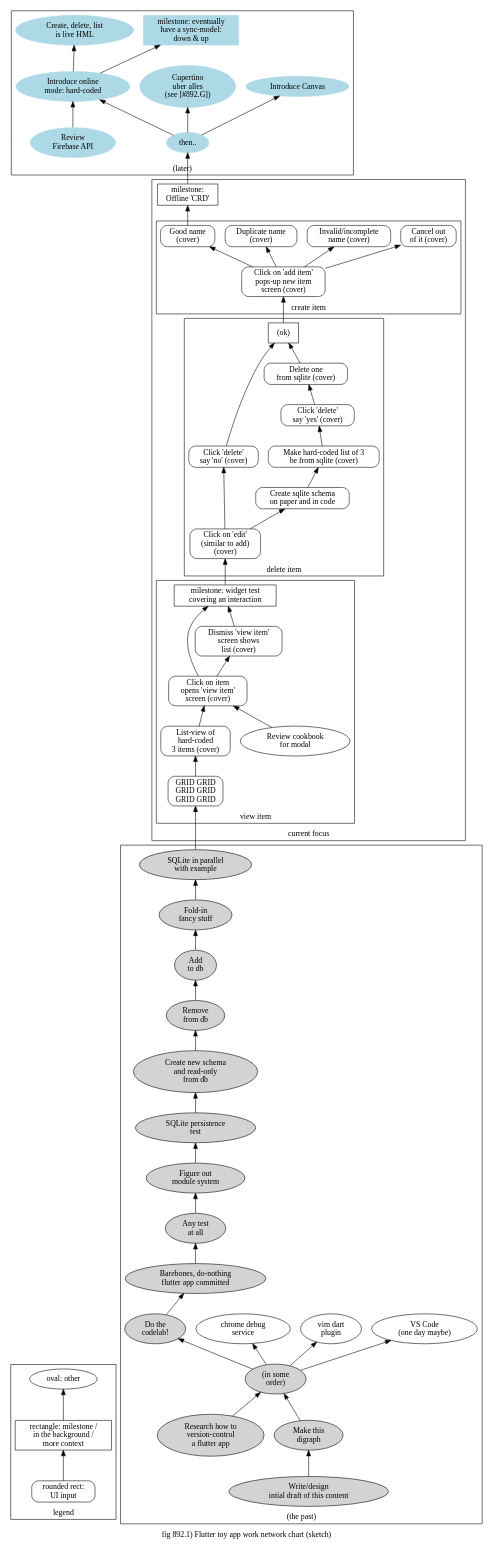
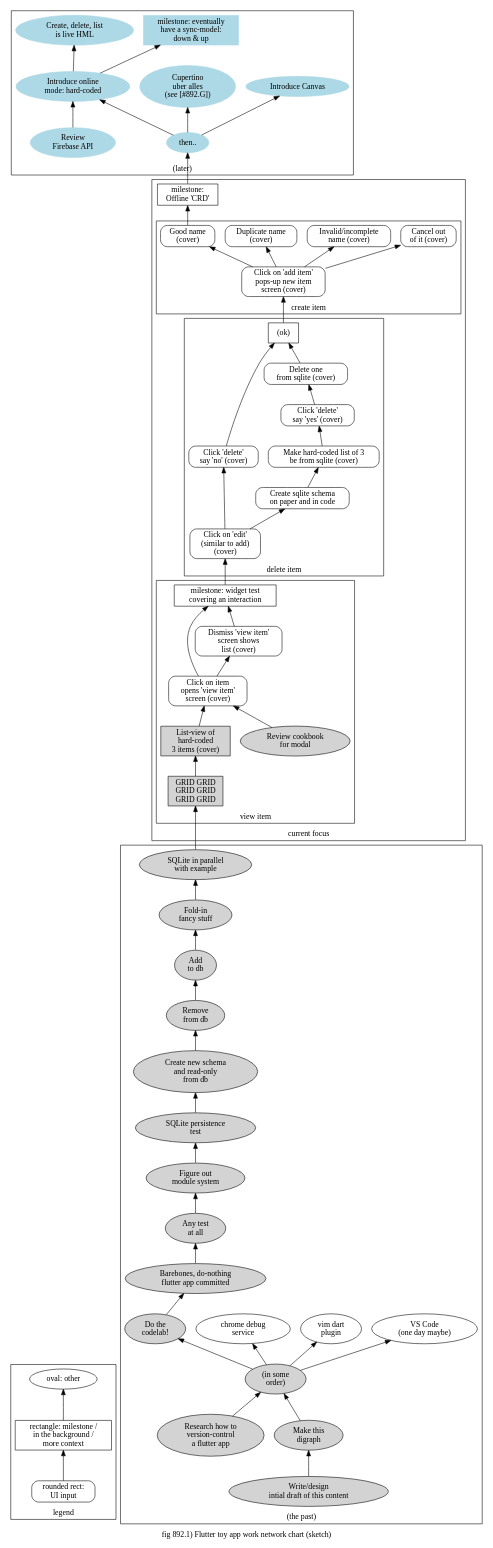
One commit to hipe/tmx changed the diagram in STM-doc/892.1.work-network-chart.dot. Above: the diagram before and after it, drawn with Graphviz. The commit also changed 5 other files, not shown here.

First line of the commit message:
step(STM): Add list-view of 3 hard-coded items (v)

```diff
--- a/STM-doc/892.1.work-network-chart.dot
+++ b/STM-doc/892.1.work-network-chart.dot
@@ -1,198 +1,198 @@
 digraph g {
 label="fig 892.1) Flutter toy app work network chart (sketch)"
 
 /*
 Note: at writing, this graph exists "in parallel" as a hand-written
 table in our notebook, roughly following a PERT-chart structure.
 
 (We switched from analog to digital for this one part of it because we
 did not want to attempt this visualization by hand!)
 
 The node identifiers are allocated "by hand" pseudo-randomly. As such, the
 identifiers (and especially their relative "size") are meaningless. (We *did*
 step over some allocations that could be confusing, like "QA" and "UX".)
 
 The order of the nodes in this file corresponds to the order we wrote
 the nodes in our notebook, which was from the bottom of the page upwards
 in the order in which we thought of them.
 */
 
 rankdir="BT"
 
 /* BEGIN putting cluster "declarations" and their labels at top
 so they don't keep moving with the content */
 
 subgraph cluster_C11 {
   label="legend"
 }
 subgraph cluster_C44 {
   label="(later)"
   node [style=filled color=lightblue]
 }
 subgraph cluster_C33 {
   label="current focus"
   node [shape=rect style=rounded]
 
   subgraph cluster_C33_333 {
     label="create item"
   }
   subgraph cluster_C33_222 {
     label="delete item"
   }
   subgraph cluster_C33_111 {
     label="view item"
   }
 }
 subgraph cluster_C22 {
   label="(the past)"
 }
 /* END */
 
 
 subgraph cluster_C11 {
 _X14 [label="oval: other"]
 _X13 [label="rectangle: milestone /\nin the background /\nmore context" shape=rect]
 _X12 [label="rounded rect:\nUI input" shape=rect style=rounded]
 _X12->_X13->_X14
 }
 
 subgraph cluster_C44 {
 _4A [label="Cupertino\nuber alles\n(see [#892.G])"]
 _X22->_4A
 }
 
 subgraph cluster_C33 {
 _HX [label="milestone:\nOffline 'CRD'" shape=rect style=""]
 _AA->_HX
 }
 
 subgraph cluster_C22 {
 _SN [label="Make this\ndigraph" style=filled]
 _4G->_SN
 }
 
 subgraph cluster_C44 {
 _TU [label="Introduce Canvas"]
 _X22->_TU
 _X22 [label="then.."]
 }
 
 _HX->_X22
 
 subgraph cluster_C22 {
 _4G [label="Write/design\nintial draft of this content" style=filled]
 }
 
 subgraph cluster_C44 {
 _8K [label="Create, delete, list\nis live HML"]
 _WG->_8K
 _QD [label="Review\nFirebase API"]
 _WG [label="Introduce online\nmode: hard-coded"]
 _X22->_WG
 _QD->_WG
 }
 
 subgraph cluster_C33 {
 subgraph cluster_C33_333 {
 _AA [label="Good name\n(cover)"]
 _6G->_AA
 _KG [label="Duplicate name\n(cover)"]
 _6G->_KG
 _7X [label="Invalid/incomplete\nname (cover)"]
 _6G->_7X
 _LA [label="Cancel out\nof it (cover)"]
 _6G->_LA
 _6G [label="Click on 'add item'\npops-up new item\nscreen (cover)"]
 }
 
 _X32->_6G
 
 subgraph cluster_C33_111 {
-_TA [label="Review cookbook\nfor modal" shape=oval]
+_TA [label="Review cookbook\nfor modal" shape=oval style=filled]
 }
 
 subgraph cluster_C33_222 {
 _X32 [label="(ok)" style=""]
 _UK->_X32
 _LH->_X32
 _LH [label="Click 'delete'\nsay 'no' (cover)"]
 _X15->_LH
 _7A [label="Click 'delete'\nsay 'yes' (cover)"]
 _QU->_7A
 _X15 [label="Click on 'edit'\n(similar to add)\n(cover)"]
 }
 
 _GN->_X15
 
 subgraph cluster_C33_111 {
 _LU [label="Dismiss 'view item'\nscreen shows\nlist (cover)"]
 _2N->_LU
 _2N [label="Click on item\nopens 'view item'\nscreen (cover)"]
 _YU->_2N
 _TA->_2N
 }
 
 subgraph cluster_C33_222 {
 _UK [label="Delete one\nfrom sqlite (cover)"]
 _7A->_UK
 _QU [label="Make hard-coded list of 3\nbe from sqlite (cover)"]
 _DR->_QU
 _DR [label="Create sqlite schema\non paper and in code"]
 _X15->_DR
 }
 
 subgraph cluster_C33_111 {
 _GN [label="milestone: widget test\ncovering an interaction" shape=rect style=""]
 _2N->_GN
 _LU->_GN
-_YU [label="List-view of\nhard-coded\n3 items (cover)"]
+_YU [label="List-view of\nhard-coded\n3 items (cover)" style=filled]
 _MR->_YU
-_MR [label="GRID GRID\nGRID GRID\nGRID GRID"]
+_MR [label="GRID GRID\nGRID GRID\nGRID GRID" style=filled]
 }
 }
 
 _PN->_MR
 
 subgraph cluster_C44 {
 _9B [label="milestone: eventually\nhave a sync-model:\ndown & up" shape=rect]
 _WG->_9B
 }
 
 subgraph cluster_C22 {
 _UG [label="Figure out\nmodule system" style=filled]
 _EK->_UG
 _EK [label="Any test\nat all" style=filled]
 _AX->_EK
 _PN [label="SQLite in parallel\nwith example" style=filled]
 _RN->_PN
 _RN [label="Fold-in\nfancy stuff" style=filled]
 _QR->_RN
 _QR [label="Add\nto db" style=filled]
 _VG->_QR
 _VG [label="Remove\nfrom db" style=filled]
 _JK->_VG
 _JK [label="Create new schema\nand read-only\nfrom db" style=filled]
 _KR->_JK
 _KR [label="SQLite persistence\ntest" style=filled]
 _UG->_KR
 _AX [label="Barebones, do-nothing\nflutter app committed" style=filled]
 _BR->_AX
 _BR [label="Do the\ncodelab!" style=filled]
 _SG [label="chrome debug\nservice"]
 _CX [label="vim dart\nplugin"]
 _3G [label="VS Code\n(one day maybe)"]
 _01 [label="(in some\norder)" style=filled]
 _01->_3G
 _01->_BR
 _01->_CX
 _01->_SG
 _QN->_01
 _SN->_01
 _QN [label="Research how to\nversion-control\na flutter app" style=filled]
 }
 }
 
 /*
 # #history-A.1: add many subgraphs
 # #born
 */
```
